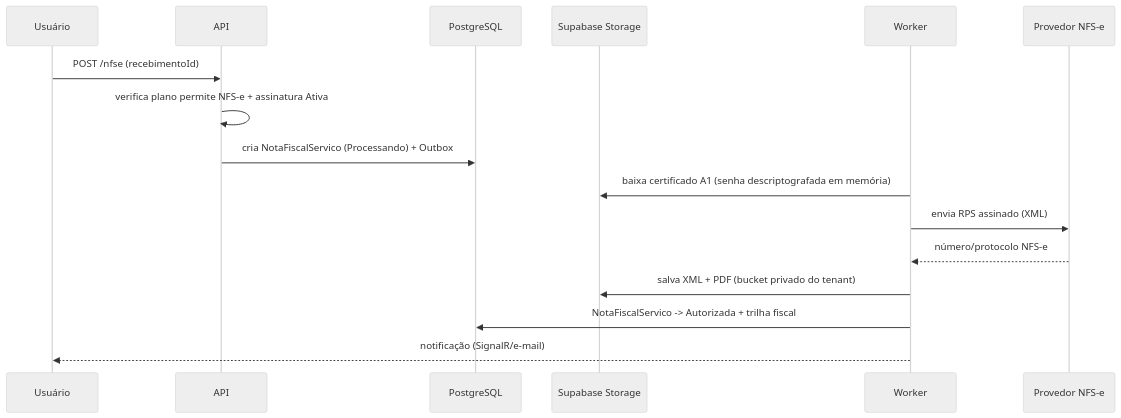
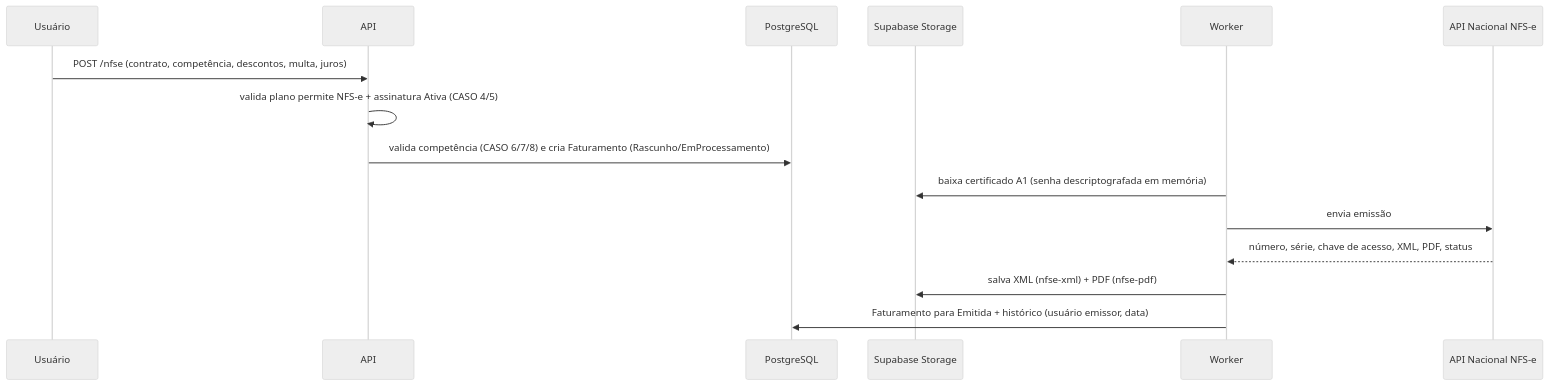
Before and after one commit to tthimoteo/app-aluguel: the fifth of 6 diagrams in Docs/Arquitetura/01-Arquitetura-da-Solucao.md, drawn with Mermaid (neutral theme). The commit also changed other lines of this file and 12 other files, not shown here.

````diff
--- a/Docs/Arquitetura/01-Arquitetura-da-Solucao.md
+++ b/Docs/Arquitetura/01-Arquitetura-da-Solucao.md
@@ -154,19 +160,18 @@
 ```mermaid
 sequenceDiagram
     participant U as Usuário
     participant API as API
     participant DB as PostgreSQL
     participant ST as Supabase Storage
     participant W as Worker
-    participant PR as Provedor NFS-e
+    participant NAC as API Nacional NFS-e
 
-    U->>API: POST /nfse (recebimentoId)
-    API->>API: verifica plano permite NFS-e + assinatura Ativa
-    API->>DB: cria NotaFiscalServico (Processando) + Outbox
+    U->>API: POST /nfse (contrato, competência, descontos, multa, juros)
+    API->>API: valida plano permite NFS-e + assinatura Ativa (CASO 4/5)
+    API->>DB: valida competência (CASO 6/7/8) e cria Faturamento (Rascunho/EmProcessamento)
     W->>ST: baixa certificado A1 (senha descriptografada em memória)
-    W->>PR: envia RPS assinado (XML)
-    PR-->>W: número/protocolo NFS-e
-    W->>ST: salva XML + PDF (bucket privado do tenant)
-    W->>DB: NotaFiscalServico -> Autorizada + trilha fiscal
-    W-->>U: notificação (SignalR/e-mail)
+    W->>NAC: envia emissão
+    NAC-->>W: número, série, chave de acesso, XML, PDF, status
+    W->>ST: salva XML (nfse-xml) + PDF (nfse-pdf)
+    W->>DB: Faturamento para Emitida + histórico (usuário emissor, data)
 ```
````
